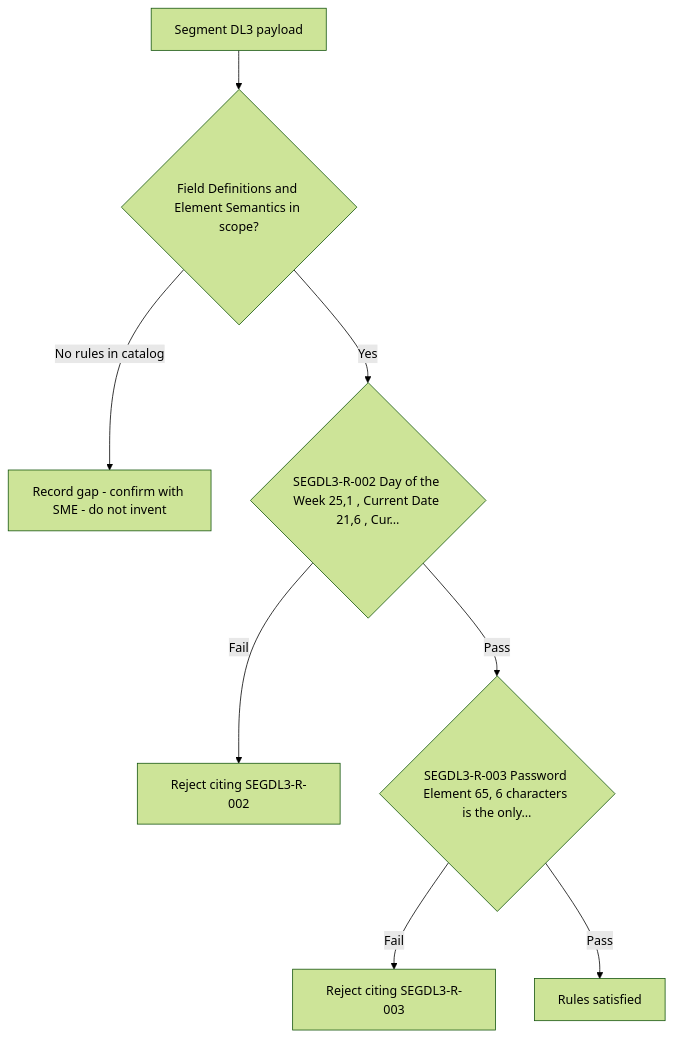
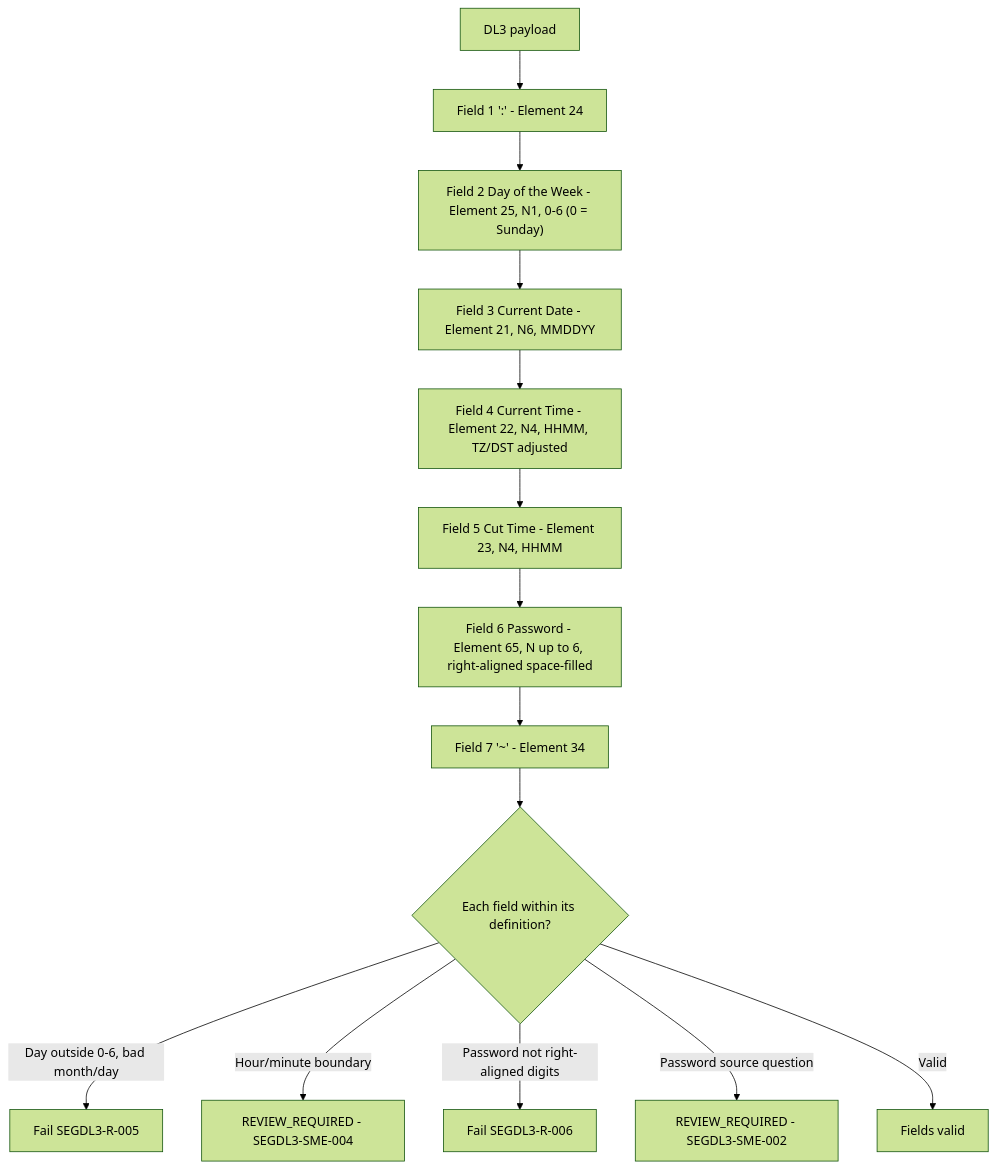
Before and after one commit to DhanSingh-hub/core-auth-ai-validation-framework: the diagram in regression-artifact-validator/specifications/ATL105/docs/specs/kb/segment-DL3/field-definitions-flow.md, drawn with Mermaid (forest theme). The commit also changed other lines of this file and 28 other files, not shown here.

First line of the commit message:
docs(segment-DL3): retrain KB module against Segment 100 and the 11.7 Date and Time Load layout

````diff
--- a/regression-artifact-validator/specifications/ATL105/docs/specs/kb/segment-DL3/field-definitions-flow.md
+++ b/regression-artifact-validator/specifications/ATL105/docs/specs/kb/segment-DL3/field-definitions-flow.md
@@ -3,10 +3,16 @@
 ```mermaid
 flowchart TD
-    A[Segment DL3 payload] --> B{Field Definitions and Element Semantics in scope?}
-    B -->|No rules in catalog| G[Record gap - confirm with SME - do not invent]
-    B -->|Yes| R1{SEGDL3-R-002 Day of the Week 25,1 , Current Date 21,6 , Cur…}
-    R1 -->|Fail| X1[Reject citing SEGDL3-R-002]
-    R1 -->|Pass| R2{SEGDL3-R-003 Password Element 65, 6 characters is the only…}
-    R2 -->|Fail| X2[Reject citing SEGDL3-R-003]
-    R2 -->|Pass| Z[Rules satisfied]
+    A[DL3 payload] --> F1["Field 1 ':' - Element 24"]
+    F1 --> F2["Field 2 Day of the Week - Element 25, N1, 0-6 (0 = Sunday)"]
+    F2 --> F3[Field 3 Current Date - Element 21, N6, MMDDYY]
+    F3 --> F4[Field 4 Current Time - Element 22, N4, HHMM, TZ/DST adjusted]
+    F4 --> F5[Field 5 Cut Time - Element 23, N4, HHMM]
+    F5 --> F6[Field 6 Password - Element 65, N up to 6, right-aligned space-filled]
+    F6 --> F7["Field 7 '~' - Element 34"]
+    F7 --> Q{Each field within its definition?}
+    Q -->|Day outside 0-6, bad month/day| X5[Fail SEGDL3-R-005]
+    Q -->|Hour/minute boundary| R4[REVIEW_REQUIRED - SEGDL3-SME-004]
+    Q -->|Password not right-aligned digits| X6[Fail SEGDL3-R-006]
+    Q -->|Password source question| R2[REVIEW_REQUIRED - SEGDL3-SME-002]
+    Q -->|Valid| OK[Fields valid]
 ```
````
